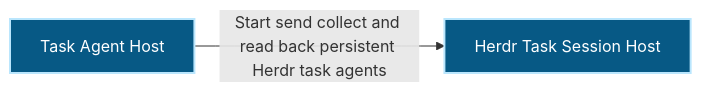
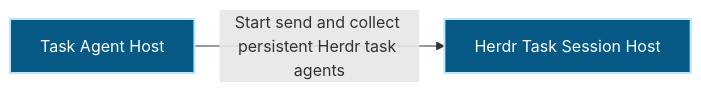
Before and after one commit to Ancienttwo/repo-harness: the first of 2 diagrams in docs/architecture/modules/runtime-harness/task-agent-host.md, drawn with Mermaid. The commit also changed other lines of this file and 2 other files, not shown here.

Commit message:
docs(architecture): project the task-agent host change (#771)

````diff
--- a/docs/architecture/modules/runtime-harness/task-agent-host.md
+++ b/docs/architecture/modules/runtime-harness/task-agent-host.md
@@ -16,10 +16,10 @@
 ```mermaid
 flowchart LR
   p1_capability_runtime_harness_task_agent_host_d81dadb6["Task Agent Host"]:::component
   p1_component_task_agent_host_primary_d8453f09["Herdr Task Session Host"]:::component
-  p1_capability_runtime_harness_task_agent_host_d81dadb6 -->|"Start send collect and read back persistent Herdr task agents"| p1_component_task_agent_host_primary_d8453f09
+  p1_capability_runtime_harness_task_agent_host_d81dadb6 -->|"Start send and collect persistent Herdr task agents"| p1_component_task_agent_host_primary_d8453f09
   classDef actor fill:#111827,color:#ffffff,stroke:#f9fafb,stroke-width:2px
   classDef component fill:#075985,color:#ffffff,stroke:#bae6fd,stroke-width:2px
   classDef datastore fill:#3f6212,color:#ffffff,stroke:#d9f99d,stroke-width:2px
   classDef external fill:#7c2d12,color:#ffffff,stroke:#fed7aa,stroke-width:2px
 ```
````
